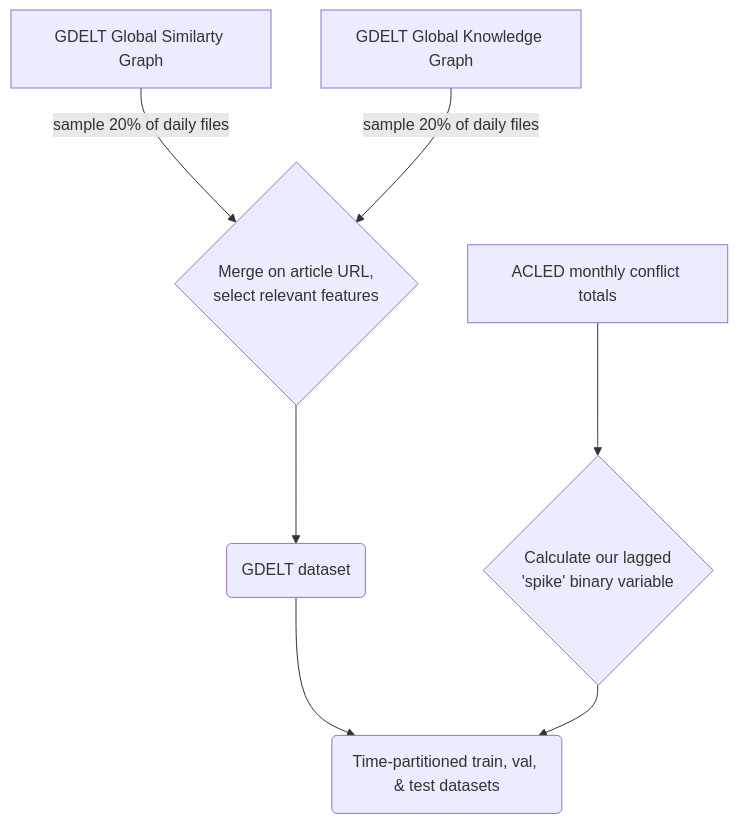
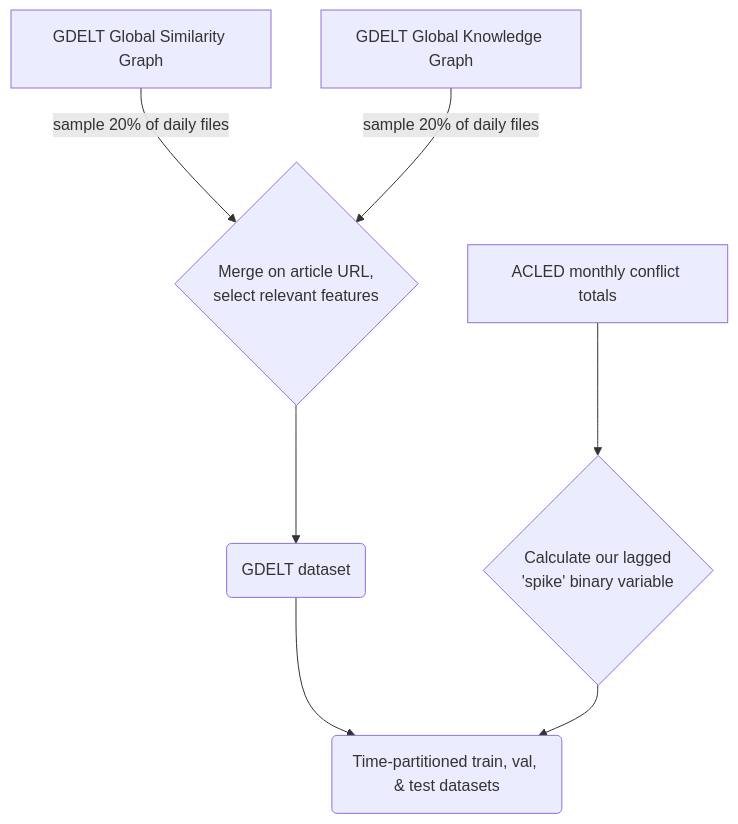
The first of 4 diagrams in docs/hes_final/article.qmd (ewheeler/foresight), drawn with Mermaid before and after one commit. The commit also changed other lines of this file, not shown here.

````diff
--- a/docs/hes_final/article.qmd
+++ b/docs/hes_final/article.qmd
@@ -127,14 +127,14 @@
 ```{mermaid}
 %%| fig-width: 3
 %%| fig-height: 5
 flowchart TD
-    GSG[GDELT Global Similarty Graph] -->|sample 20% of daily files| Merge{Merge on article URL,\n select relevant features}
+    GSG[GDELT Global Similarity Graph] -->|sample 20% of daily files| Merge{Merge on article URL,\n select relevant features}
     GKG[GDELT Global Knowledge Graph] -->|sample 20% of daily files| Merge
 
     Merge --> GDELT(GDELT dataset)
 
     ACLED[ACLED monthly conflict totals] --> Spike{Calculate our lagged\n 'spike' binary variable}
 
     GDELT --> Data(Time-partitioned train, val, & test datasets)
     Spike --> Data
 ```
````
